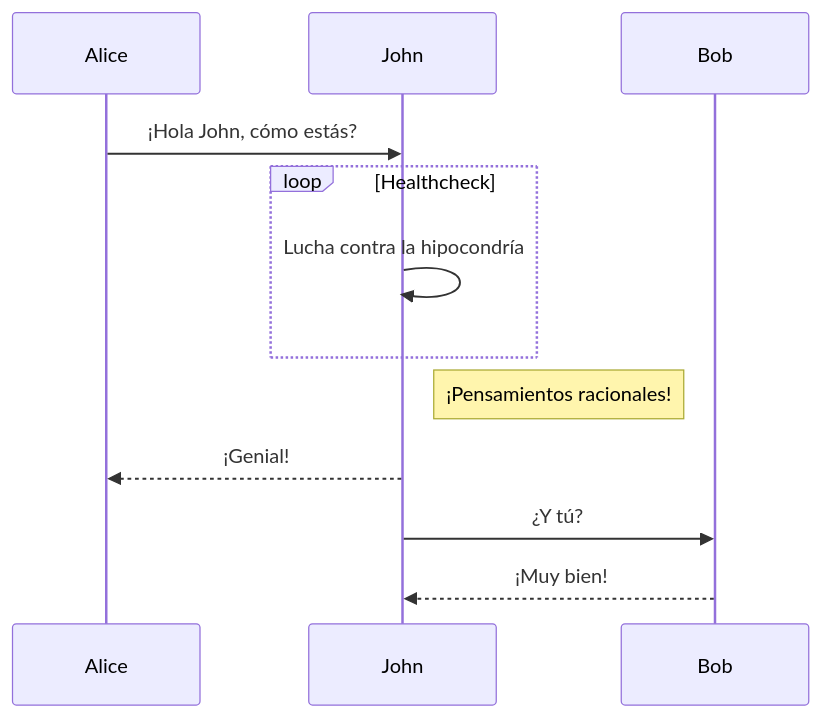
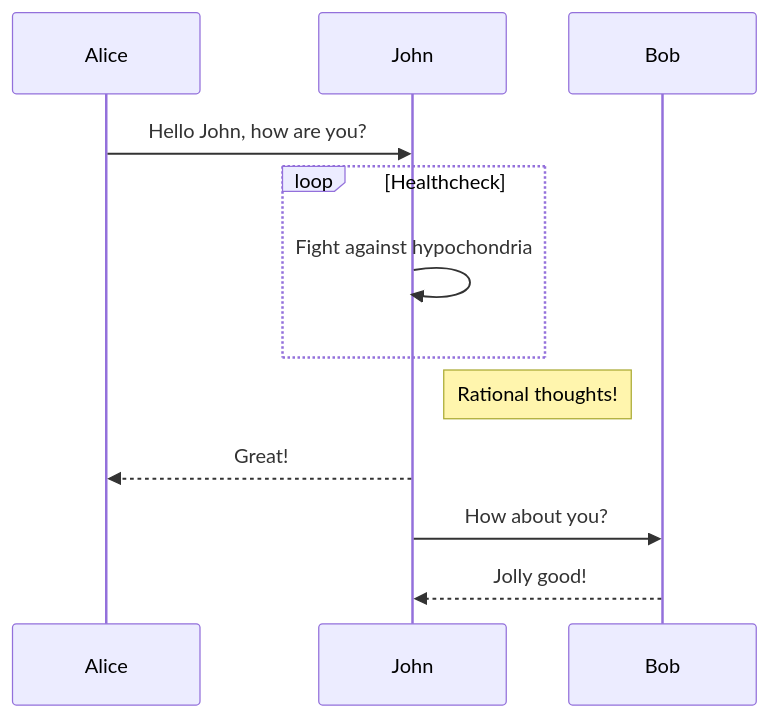
One commit to linyuxuanlin/Wiki_MkDocs changed the fourth of 5 diagrams in draft/to-translate_ar/MkDocs测试实验室.md. Above: the diagram before and after it, drawn with Mermaid. The commit also changed other lines of this file and 312 other files, not shown here.

````diff
--- a/draft/to-translate_ar/MkDocs测试实验室.md
+++ b/draft/to-translate_ar/MkDocs测试实验室.md
@@ -34,11 +33,11 @@
 ```mermaid
 sequenceDiagram
-  Alice->>John: ¡Hola John, cómo estás?
+  Alice->>John: Hello John, how are you?
   loop Healthcheck
-      John->>John: Lucha contra la hipocondría
+      John->>John: Fight against hypochondria
   end
-  Note right of John: ¡Pensamientos racionales!
-  John-->>Alice: ¡Genial!
-  John->>Bob: ¿Y tú?
-  Bob-->>John: ¡Muy bien!
+  Note right of John: Rational thoughts!
+  John-->>Alice: Great!
+  John->>Bob: How about you?
+  Bob-->>John: Jolly good!
 ```
````
